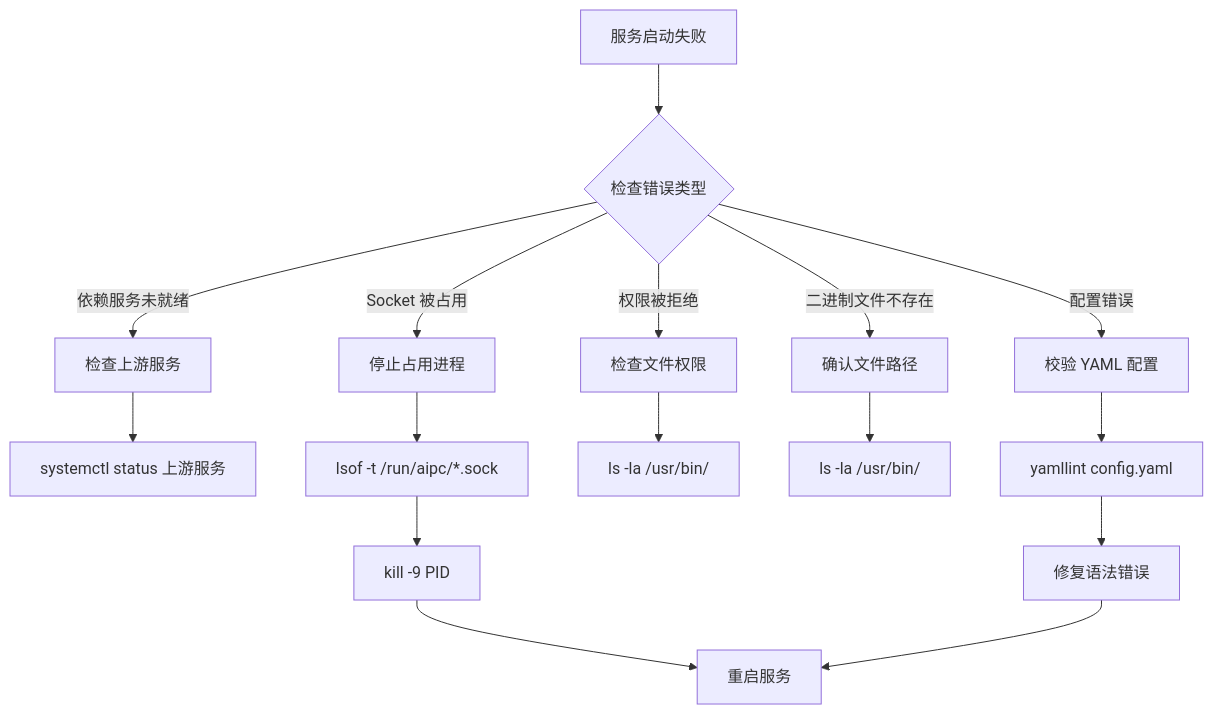
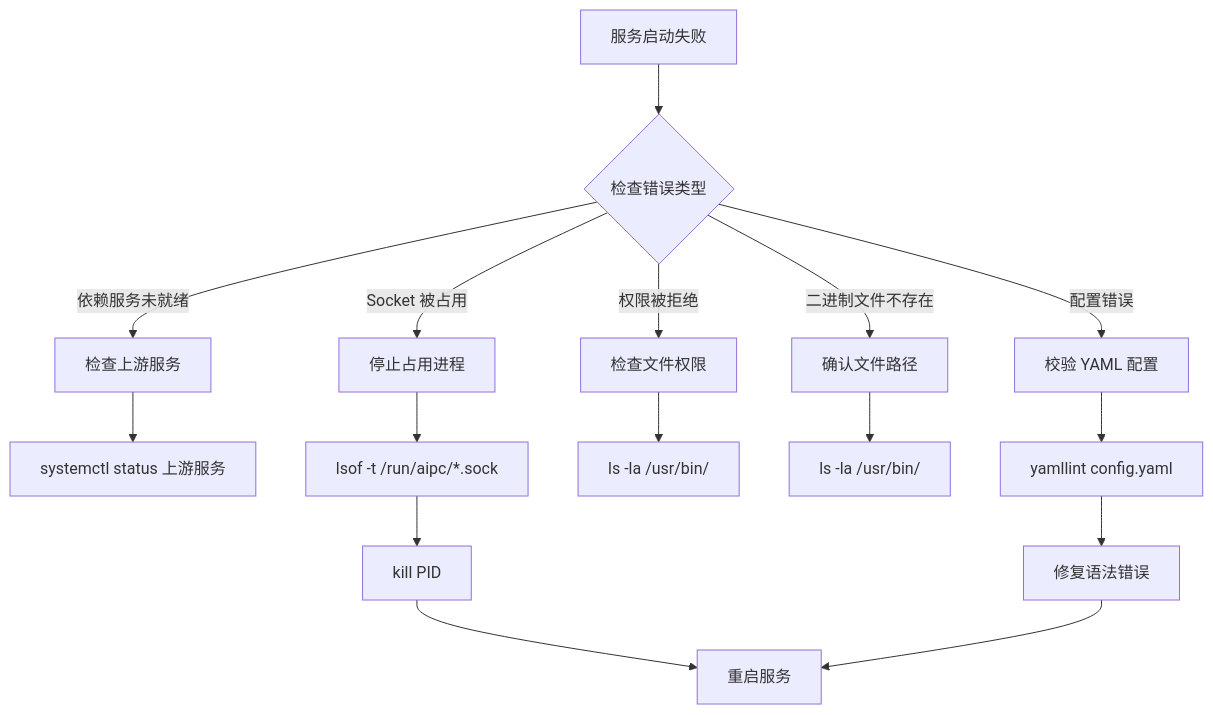
Before and after one commit to luommy/wiki-documents: the second of 3 diagrams in docs/6-neoeyes-ne503-series/3-software-guide/4-reference/1-troubleshooting.md, drawn with Mermaid. The commit also changed other lines of this file and 1 other file, not shown here.

Commit message:
fix(ne503): 采纳 PR #150 审核意见修正故障排查命令
- 故障排查流程图 kill -9 → kill：优先 SIGTERM 优雅退出，避免 Unix Socket / SHM 残留
- NPU 温度监控脚本 hailortcli scan → hailortcli fw-control --temperature（scan 不输出温度）
- 中英文同步修改

````diff
--- a/docs/6-neoeyes-ne503-series/3-software-guide/4-reference/1-troubleshooting.md
+++ b/docs/6-neoeyes-ne503-series/3-software-guide/4-reference/1-troubleshooting.md
@@ -113,20 +113,20 @@
 ```mermaid
 flowchart TD
     A[服务启动失败] --> B{检查错误类型}
     B -->|依赖服务未就绪| C[检查上游服务]
     B -->|Socket 被占用| D[停止占用进程]
     B -->|权限被拒绝| E[检查文件权限]
     B -->|二进制文件不存在| F[确认文件路径]
     B -->|配置错误| G[校验 YAML 配置]
 
     C --> H[systemctl status 上游服务]
     D --> I[lsof -t /run/aipc/*.sock]
     E --> J[ls -la /usr/bin/]
     F --> K[ls -la /usr/bin/]
     G --> L[yamllint config.yaml]
 
-    I --> M[kill -9 PID]
+    I --> M[kill PID]
     L --> N[修复语法错误]
     M --> O[重启服务]
     N --> O
 ```
````
